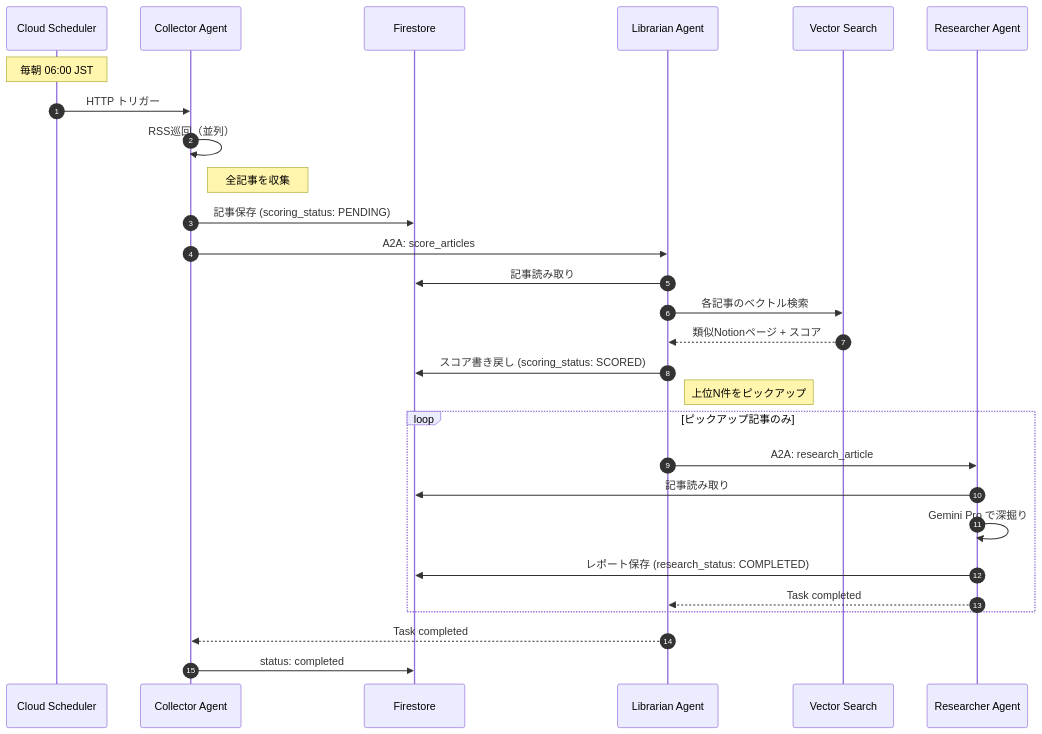
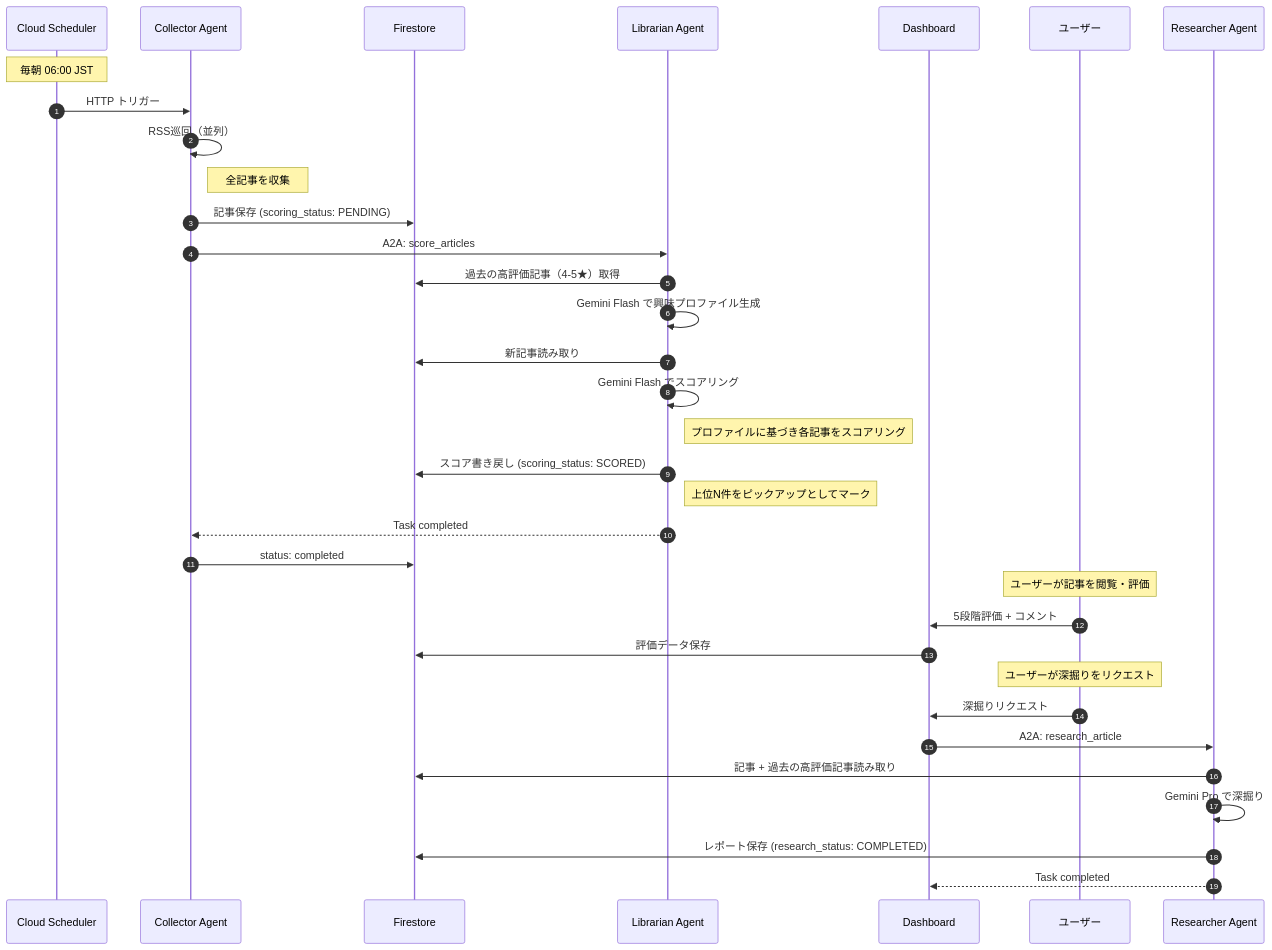
One commit to Renz0043/curation-persona changed the second of 2 diagrams in docs/Design_doc.md. Above: the diagram before and after it, drawn with Mermaid. The commit also changed other lines of this file and 4 other files, not shown here.

````diff
--- a/docs/Design_doc.md
+++ b/docs/Design_doc.md
@@ -223,35 +212,42 @@
 ```mermaid
 sequenceDiagram
     autonumber
     participant Scheduler as Cloud Scheduler
     participant Collector as Collector Agent
     participant DB as Firestore
     participant Librarian as Librarian Agent
-    participant Vector as Vector Search
+    participant Dashboard as Dashboard
+    participant User as ユーザー
     participant Researcher as Researcher Agent
 
     Note over Scheduler: 毎朝 06:00 JST
     Scheduler->>Collector: HTTP トリガー
 
     Collector->>Collector: RSS巡回（並列）
     Note right of Collector: 全記事を収集
     Collector->>DB: 記事保存 (scoring_status: PENDING)
     Collector->>Librarian: A2A: score_articles
 
-    Librarian->>DB: 記事読み取り
-    Librarian->>Vector: 各記事のベクトル検索
-    Vector-->>Librarian: 類似Notionページ + スコア
+    Librarian->>DB: 過去の高評価記事（4-5★）取得
+    Librarian->>Librarian: Gemini Flash で興味プロファイル生成
+    Librarian->>DB: 新記事読み取り
+    Librarian->>Librarian: Gemini Flash でスコアリング
+    Note right of Librarian: プロファイルに基づき各記事をスコアリング
     Librarian->>DB: スコア書き戻し (scoring_status: SCORED)
-    Note right of Librarian: 上位N件をピックアップ
-
-    loop ピックアップ記事のみ
-        Librarian->>Researcher: A2A: research_article
-        Researcher->>DB: 記事読み取り
-        Researcher->>Researcher: Gemini Pro で深掘り
-        Researcher->>DB: レポート保存 (research_status: COMPLETED)
-        Researcher-->>Librarian: Task completed
-    end
+    Note right of Librarian: 上位N件をピックアップとしてマーク
 
     Librarian-->>Collector: Task completed
     Collector->>DB: status: completed
+
+    Note over User: ユーザーが記事を閲覧・評価
+    User->>Dashboard: 5段階評価 + コメント
+    Dashboard->>DB: 評価データ保存
+
+    Note over User: ユーザーが深掘りをリクエスト
+    User->>Dashboard: 深掘りリクエスト
+    Dashboard->>Researcher: A2A: research_article
+    Researcher->>DB: 記事 + 過去の高評価記事読み取り
+    Researcher->>Researcher: Gemini Pro で深掘り
+    Researcher->>DB: レポート保存 (research_status: COMPLETED)
+    Researcher-->>Dashboard: Task completed
 ```
````
